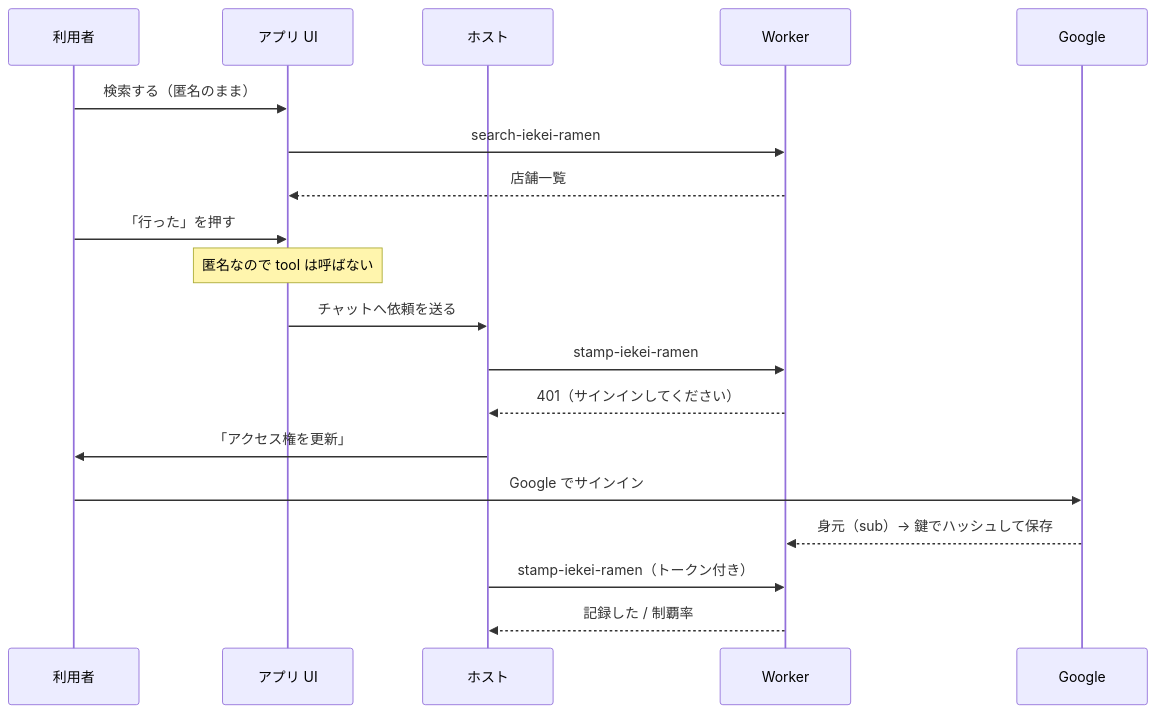
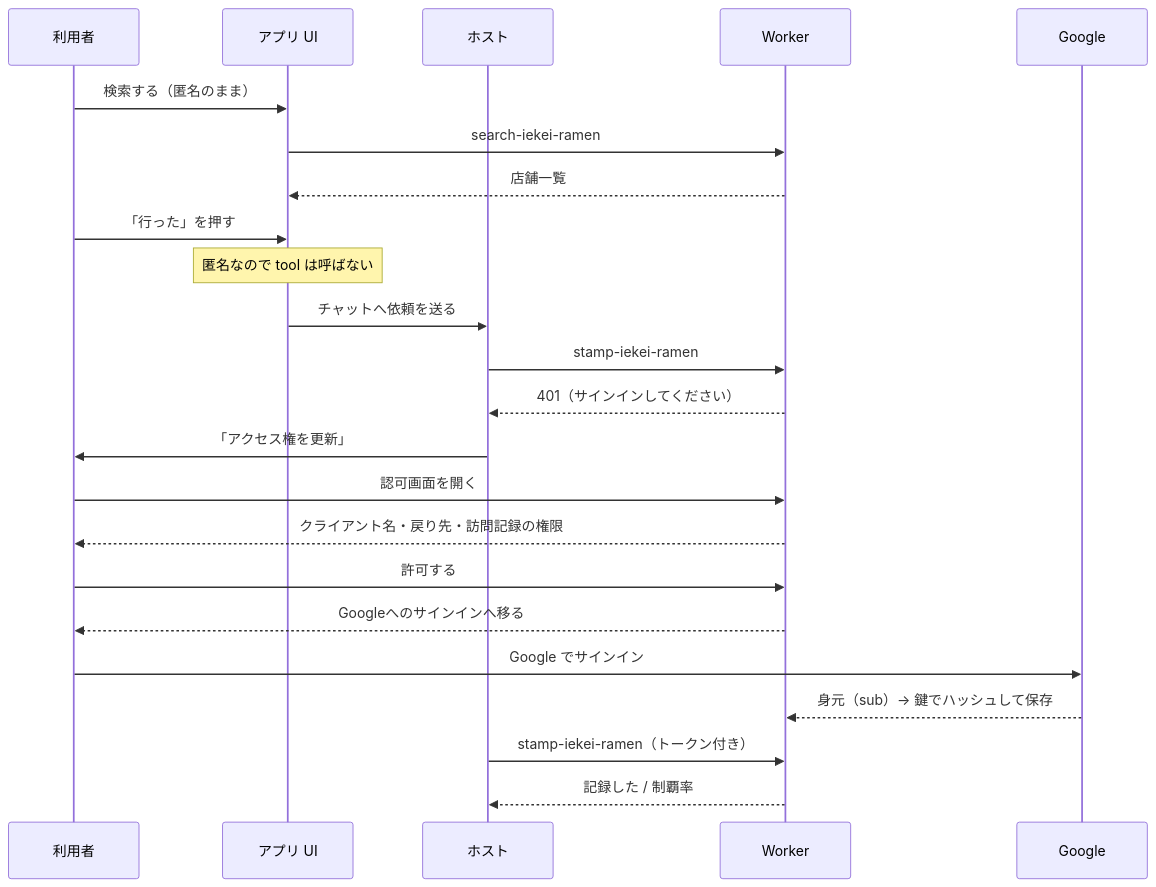
The third of 4 diagrams in README.md (yamazaki-yuki-23/iekei-ramen-mcp-apps), drawn with Mermaid before and after one commit. The commit also changed other lines of this file and 11 other files, not shown here.

````diff
--- a/README.md
+++ b/README.md
@@ -99,22 +99,26 @@
 ```mermaid
 sequenceDiagram
   participant U as 利用者
   participant A as アプリ UI
   participant H as ホスト
   participant W as Worker
   participant G as Google
 
   U->>A: 検索する（匿名のまま）
   A->>W: search-iekei-ramen
   W-->>A: 店舗一覧
   U->>A: 「行った」を押す
   Note over A: 匿名なので tool は呼ばない
   A->>H: チャットへ依頼を送る
   H->>W: stamp-iekei-ramen
   W-->>H: 401（サインインしてください）
   H->>U: 「アクセス権を更新」
+  U->>W: 認可画面を開く
+  W-->>U: クライアント名・戻り先・訪問記録の権限
+  U->>W: 許可する
+  W-->>U: Googleへのサインインへ移る
   U->>G: Google でサインイン
   G-->>W: 身元（sub）→ 鍵でハッシュして保存
   H->>W: stamp-iekei-ramen（トークン付き）
   W-->>H: 記録した / 制覇率
 ```
````
